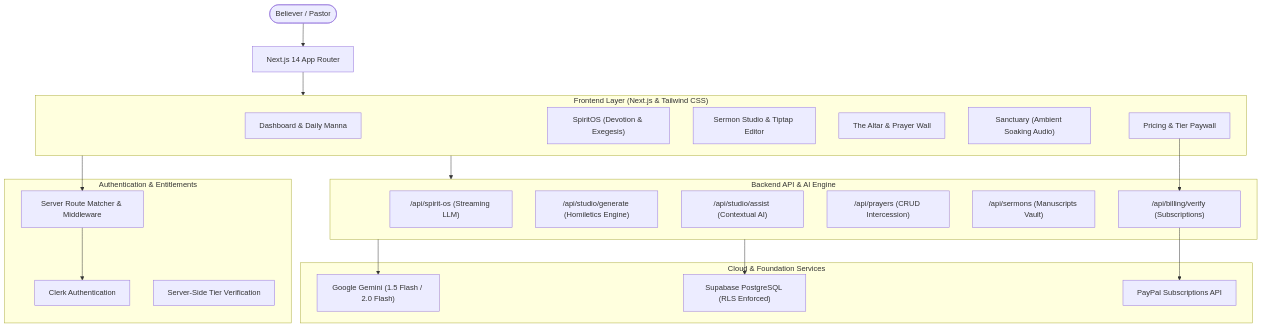
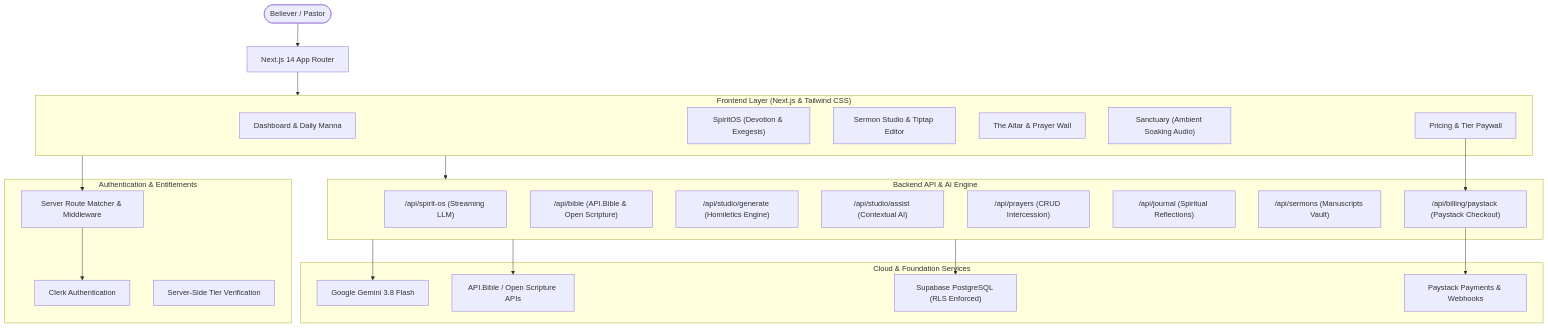
The diagram in README.md (bawagideon/bible-rhema-ai), drawn with Mermaid before and after one commit. The commit also changed 33 other files, not shown here.

````diff
--- a/README.md
+++ b/README.md
@@ -11,41 +11,45 @@
 ```mermaid
 flowchart TD
     User([Believer / Pastor]) --> NextApp[Next.js 14 App Router]
     
     subgraph Frontend["Frontend Layer (Next.js & Tailwind CSS)"]
         Home["Dashboard & Daily Manna"]
         SpiritOS["SpiritOS (Devotion & Exegesis)"]
         Studio["Sermon Studio & Tiptap Editor"]
         Altar["The Altar & Prayer Wall"]
         Sanctuary["Sanctuary (Ambient Soaking Audio)"]
         Pricing["Pricing & Tier Paywall"]
     end
 
     subgraph AuthSecurity["Authentication & Entitlements"]
         Clerk["Clerk Authentication"]
         Middleware["Server Route Matcher & Middleware"]
         AuthRoute["Server-Side Tier Verification"]
     end
 
     subgraph BackendAPI["Backend API & AI Engine"]
         APISpirit["/api/spirit-os (Streaming LLM)"]
+        APIBible["/api/bible (API.Bible & Open Scripture)"]
         APIStudio["/api/studio/generate (Homiletics Engine)"]
         APIAssist["/api/studio/assist (Contextual AI)"]
         APIPrayers["/api/prayers (CRUD Intercession)"]
+        APIJournal["/api/journal (Spiritual Reflections)"]
         APISermons["/api/sermons (Manuscripts Vault)"]
-        APIBilling["/api/billing/verify (Subscriptions)"]
+        APIPaystack["/api/billing/paystack (Paystack Checkout)"]
     end
 
     subgraph External["Cloud & Foundation Services"]
-        Gemini["Google Gemini (1.5 Flash / 2.0 Flash)"]
+        Gemini["Google Gemini 3.8 Flash"]
+        APIBibleService["API.Bible / Open Scripture APIs"]
         Supabase["Supabase PostgreSQL (RLS Enforced)"]
-        PayPal["PayPal Subscriptions API"]
+        Paystack["Paystack Payments & Webhooks"]
     end
 
     NextApp --> Frontend
     Frontend --> Middleware --> Clerk
     Frontend --> BackendAPI
     BackendAPI --> Gemini
+    BackendAPI --> APIBibleService
     BackendAPI --> Supabase
-    Pricing --> APIBilling --> PayPal
+    Pricing --> APIPaystack --> Paystack
 ```
````
